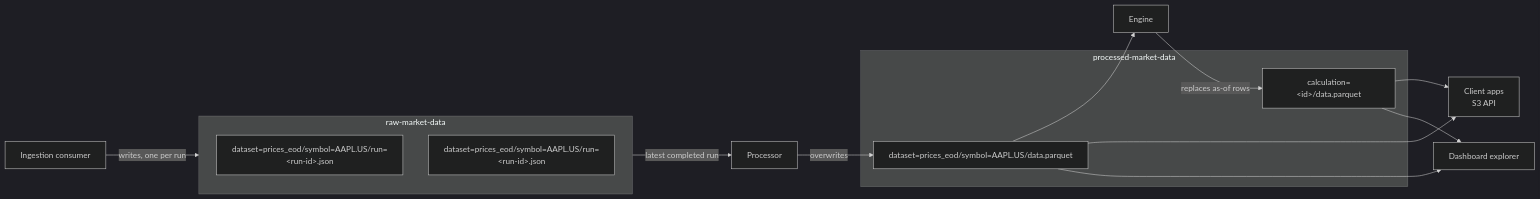
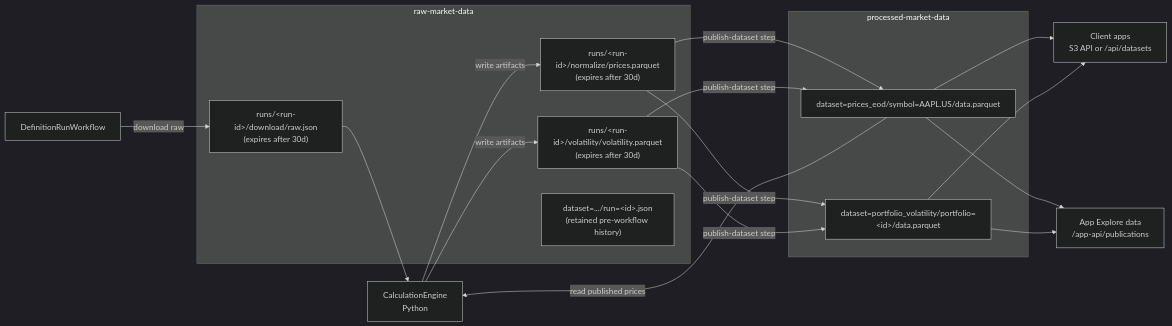
The diagram in docs/src/content/docs/reference/storage.md (maxime-filippini/data-service), drawn with Mermaid (dark theme) before and after one commit. The commit also changed other lines of this file and 165 other files, not shown here.

````diff
--- a/docs/src/content/docs/reference/storage.md
+++ b/docs/src/content/docs/reference/storage.md
@@ -6,18 +6,20 @@
 ```mermaid
 flowchart LR
   subgraph raw["raw-market-data"]
-    r1["dataset=prices_eod/symbol=AAPL.US/run=&lt;run-id&gt;.json"]
-    r2["dataset=prices_eod/symbol=AAPL.US/run=&lt;run-id&gt;.json"]
+    r1["runs/&lt;run-id&gt;/download/raw.json<br/>(expires after 30d)"]
+    r2["runs/&lt;run-id&gt;/normalize/prices.parquet<br/>(expires after 30d)"]
+    r3["runs/&lt;run-id&gt;/volatility/volatility.parquet<br/>(expires after 30d)"]
+    legacy["dataset=.../run=&lt;id&gt;.json<br/>(retained pre-workflow history)"]
   end
   subgraph processed["processed-market-data"]
     p1["dataset=prices_eod/symbol=AAPL.US/data.parquet"]
-    c1["calculation=&lt;id&gt;/data.parquet"]
+    p2["dataset=portfolio_volatility/portfolio=&lt;id&gt;/data.parquet"]
   end
-  ingest[Ingestion consumer] -- writes, one per run --> raw
-  raw -- latest completed run --> proc[Processor]
-  proc -- overwrites --> p1
-  p1 --> eng[Engine]
-  eng -- replaces as-of rows --> c1
-  p1 & c1 --> apps[Client apps<br/>S3 API]
-  p1 & c1 --> dash[Dashboard explorer]
+  wf[DefinitionRunWorkflow] -- download raw --> r1
+  r1 --> eng[CalculationEngine<br/>Python]
+  eng -- write artifacts --> r2 & r3
+  p1 -- read published prices --> eng
+  r2 & r3 -- publish-dataset step --> p1 & p2
+  p1 & p2 --> apps[Client apps<br/>S3 API or /api/datasets]
+  p1 & p2 --> dash[App Explore data<br/>/app-api/publications]
 ```
````
